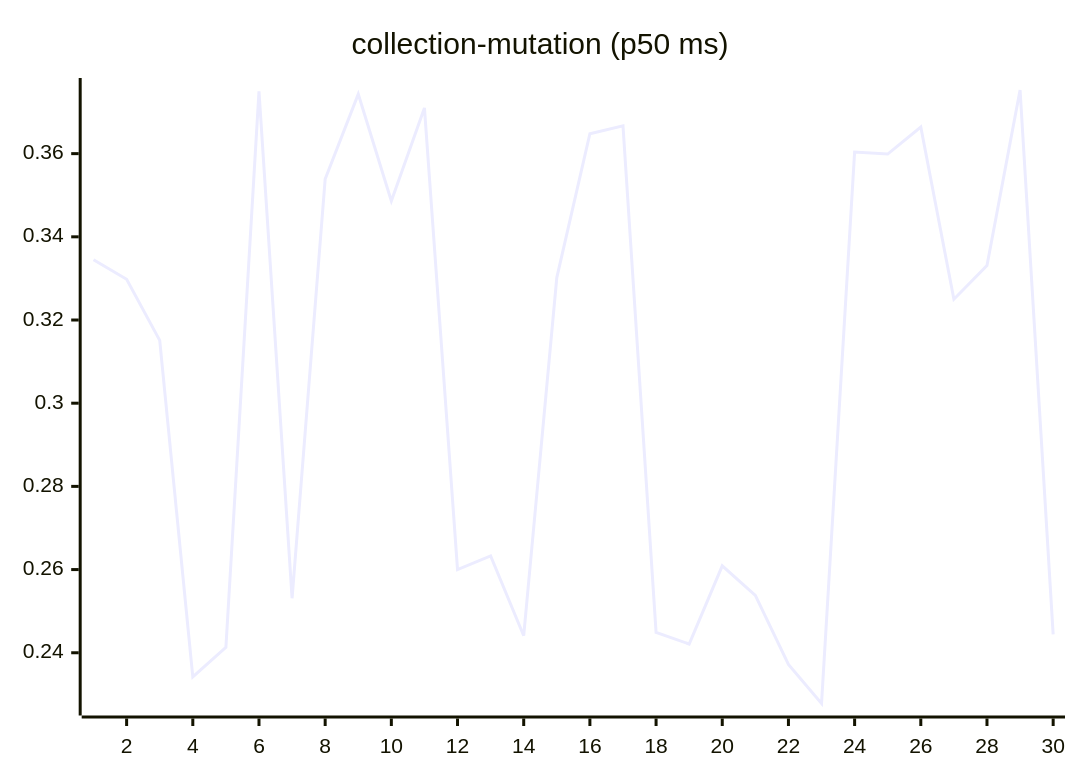
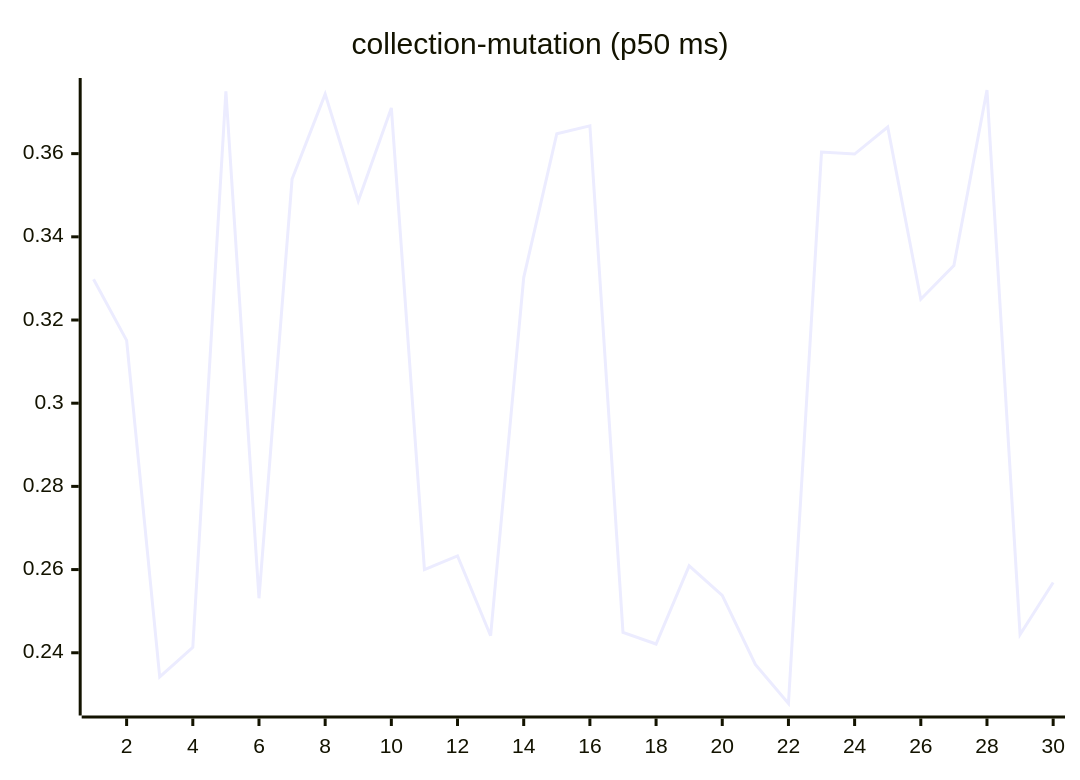
Before and after one commit to josha/Facet: the sixth of 27 diagrams in README.md, drawn with Mermaid. The commit also changed other lines of this file and 2 other files, not shown here.

````diff
--- a/README.md
+++ b/README.md
@@ -98,6 +98,6 @@
 ```mermaid
 xychart-beta
     title "collection-mutation (p50 ms)"
     x-axis 1 --> 30
-    line [0.3345, 0.3298, 0.3151, 0.2342, 0.2413, 0.3750, 0.2531, 0.3539, 0.3743, 0.3486, 0.3710, 0.2600, 0.2633, 0.2441, 0.3302, 0.3648, 0.3667, 0.2449, 0.2421, 0.2609, 0.2538, 0.2372, 0.2278, 0.3604, 0.3599, 0.3664, 0.3250, 0.3331, 0.3753, 0.2444]
+    line [0.3298, 0.3151, 0.2342, 0.2413, 0.3750, 0.2531, 0.3539, 0.3743, 0.3486, 0.3710, 0.2600, 0.2633, 0.2441, 0.3302, 0.3648, 0.3667, 0.2449, 0.2421, 0.2609, 0.2538, 0.2372, 0.2278, 0.3604, 0.3599, 0.3664, 0.3250, 0.3331, 0.3753, 0.2444, 0.2569]
 ```
````
